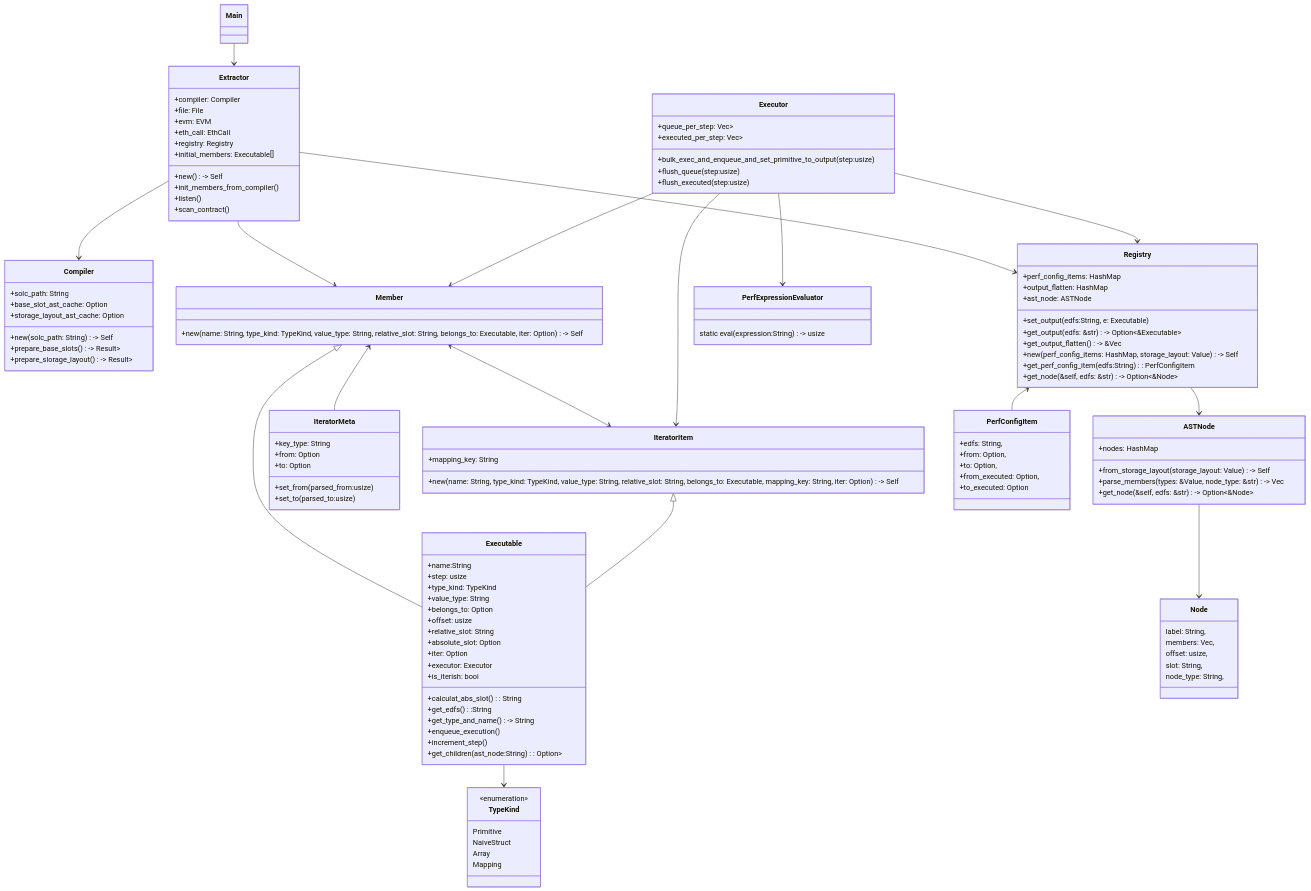
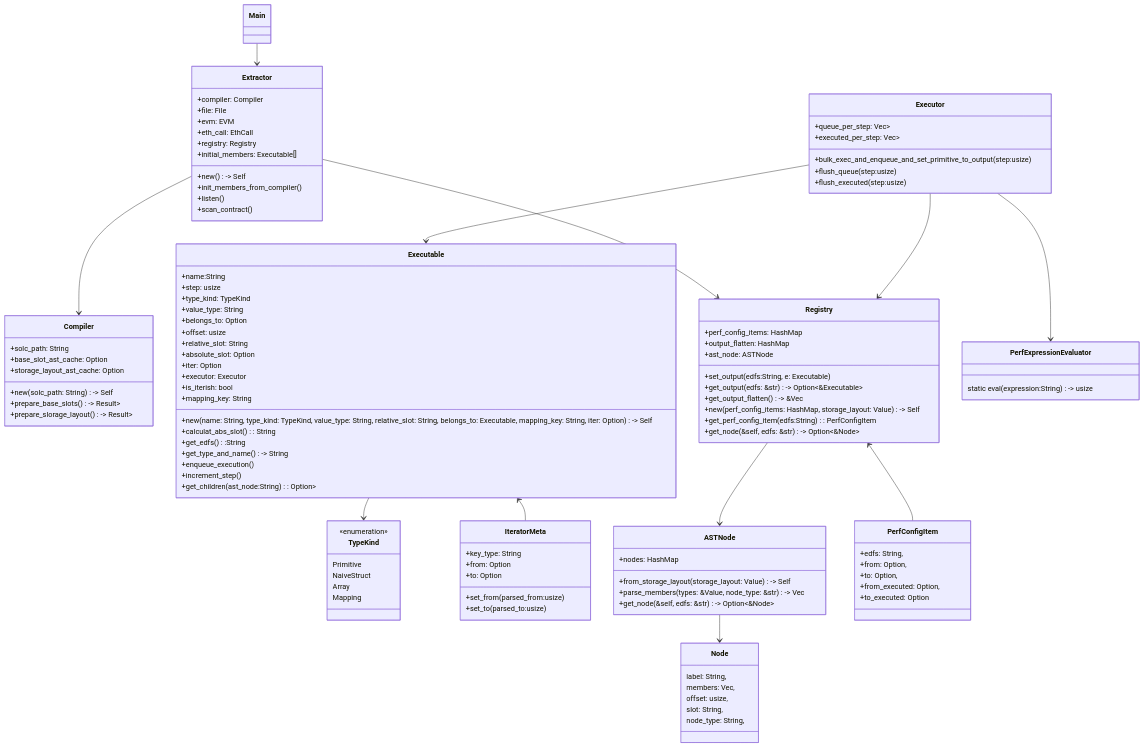
The first of 2 diagrams in README.md (metacontract/indexer), drawn with Mermaid before and after one commit. The commit also changed other lines of this file and 836 other files, not shown here.

````diff
--- a/README.md
+++ b/README.md
@@ -50,6 +50,8 @@
         +iter: Option<IteratorMeta>
         +executor: Executor
         +is_iterish: bool
+        +mapping_key: String
+        +new(name: String, type_kind: TypeKind, value_type: String, relative_slot: String, belongs_to: Executable, mapping_key: String, iter: Option<IteratorMeta>) -> Self
         +calculat_abs_slot(): String
         +get_edfs():String
         +get_type_and_name() -> String
@@ -58,13 +60,6 @@
         +get_children(ast_node:String): Option<Vec<Executable>>
     }
 
-    class IteratorItem {
-        +mapping_key: String
-        +new(name: String, type_kind: TypeKind, value_type: String, relative_slot: String, belongs_to: Executable, mapping_key: String, iter: Option<IteratorMeta>) -> Self
-    }
-    class Member {
-        +new(name: String, type_kind: TypeKind, value_type: String, relative_slot: String, belongs_to: Executable, iter: Option<IteratorMeta>) -> Self
-    }
     class IteratorMeta {
         +key_type: String
         +from: Option<usize>
@@ -118,19 +113,15 @@
     Main --> Extractor
     Extractor --> Compiler
     Extractor --> Registry
-    Extractor --> Member
-    Member <--> IteratorItem
     Registry <-- PerfConfigItem
-    Member<--IteratorMeta
+    Executable<--IteratorMeta
     Executor-->PerfExpressionEvaluator
     Executable-->TypeKind
     Executor --> Registry
-    Executor --> Member
-    Executor --> IteratorItem
-    Member <|-- Executable
-    IteratorItem <|-- Executable
+    Executor --> Executable
     Registry --> ASTNode
     ASTNode --> Node
 
 
+
 ```
````
